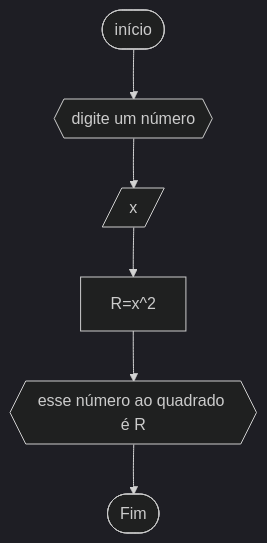
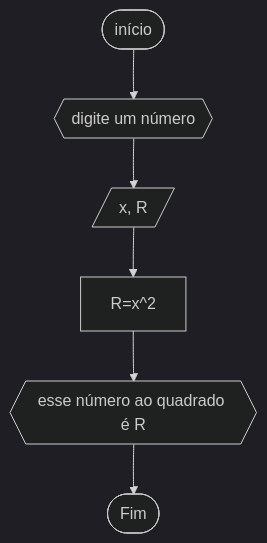
Before and after one commit to yeesusu/UNIFOR: the fifth of 15 diagrams in RLA/RLA2/20exercícios_RLA.md, drawn with Mermaid (dark theme). The commit also changed other lines of this file, not shown here.

````diff
--- a/RLA/RLA2/20exercícios_RLA.md
+++ b/RLA/RLA2/20exercícios_RLA.md
@@ -99,8 +99,8 @@
 ```mermaid
 flowchart TD
 A([início])-->B{{"digite um número"}}
-B-->C[/x/]
+B-->C[/x, R/]
 C-->E[R=x^2]
 E-->F{{"esse número ao quadrado é "R}}
 F-->Z([Fim])
 ```
````
